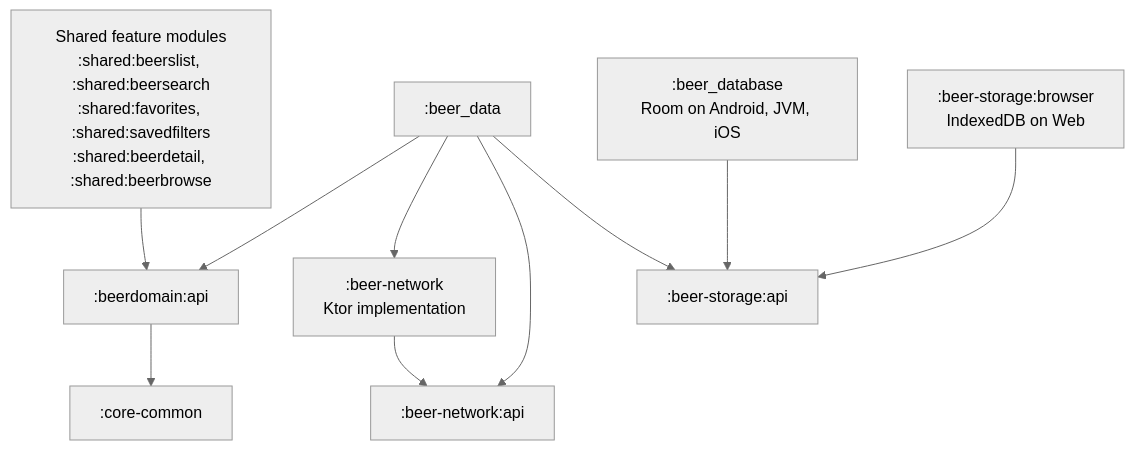
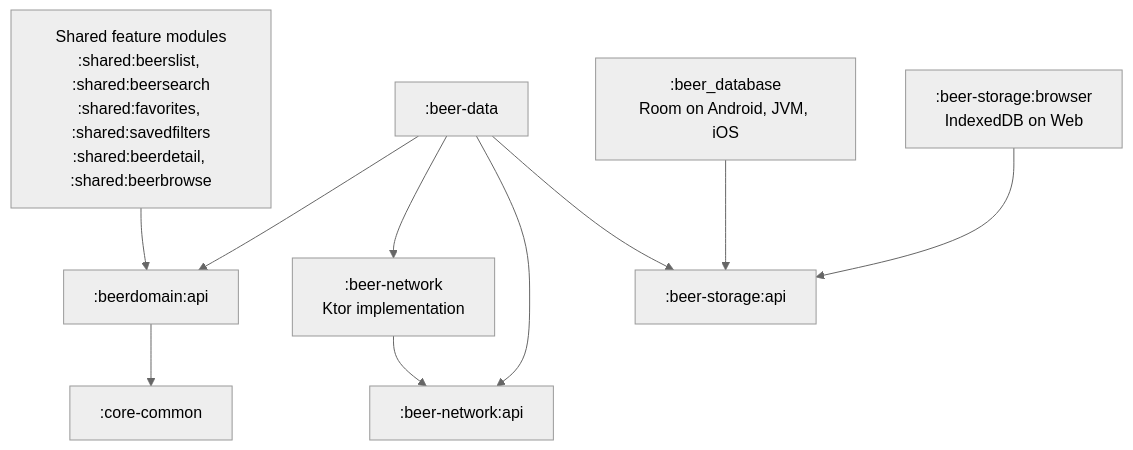
The second of 2 diagrams in README.md (simtop/BillionBeers), drawn with Mermaid (neutral theme) before and after one commit. The commit also changed other lines of this file and 61 other files, not shown here.

````diff
--- a/README.md
+++ b/README.md
@@ -165,22 +165,22 @@
 ```mermaid
 flowchart TB
     Screens["Shared feature modules<br/>:shared:beerslist, :shared:beersearch<br/>:shared:favorites, :shared:savedfilters<br/>:shared:beerdetail, :shared:beerbrowse"]
     Domain[":beerdomain:api"]
     Common[":core-common"]
-    Data[":beer_data"]
+    Data[":beer-data"]
     Network[":beer-network<br/>Ktor implementation"]
     NetworkAPI[":beer-network:api"]
     Storage[":beer-storage:api"]
     Room[":beer_database<br/>Room on Android, JVM, iOS"]
     Browser[":beer-storage:browser<br/>IndexedDB on Web"]
 
     Screens --> Domain
     Data --> Domain
     Domain --> Common
     Data --> Network
     Data --> NetworkAPI
     Network --> NetworkAPI
     Data --> Storage
     Room --> Storage
     Browser --> Storage
 ```
````
